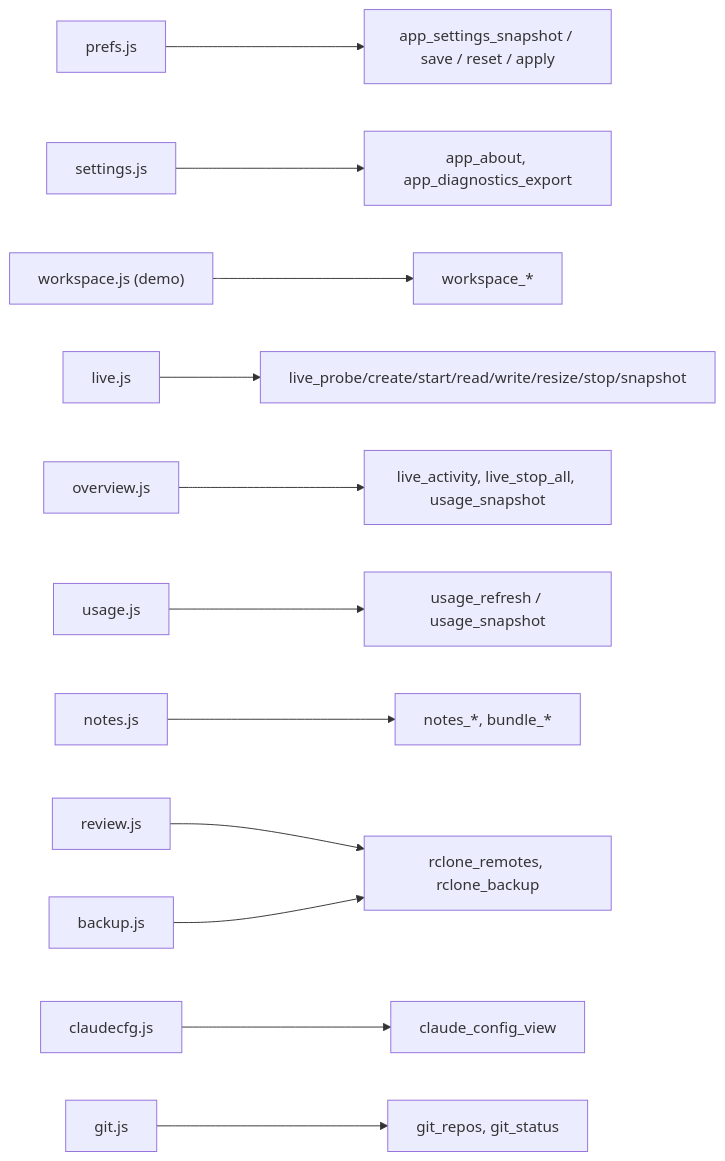
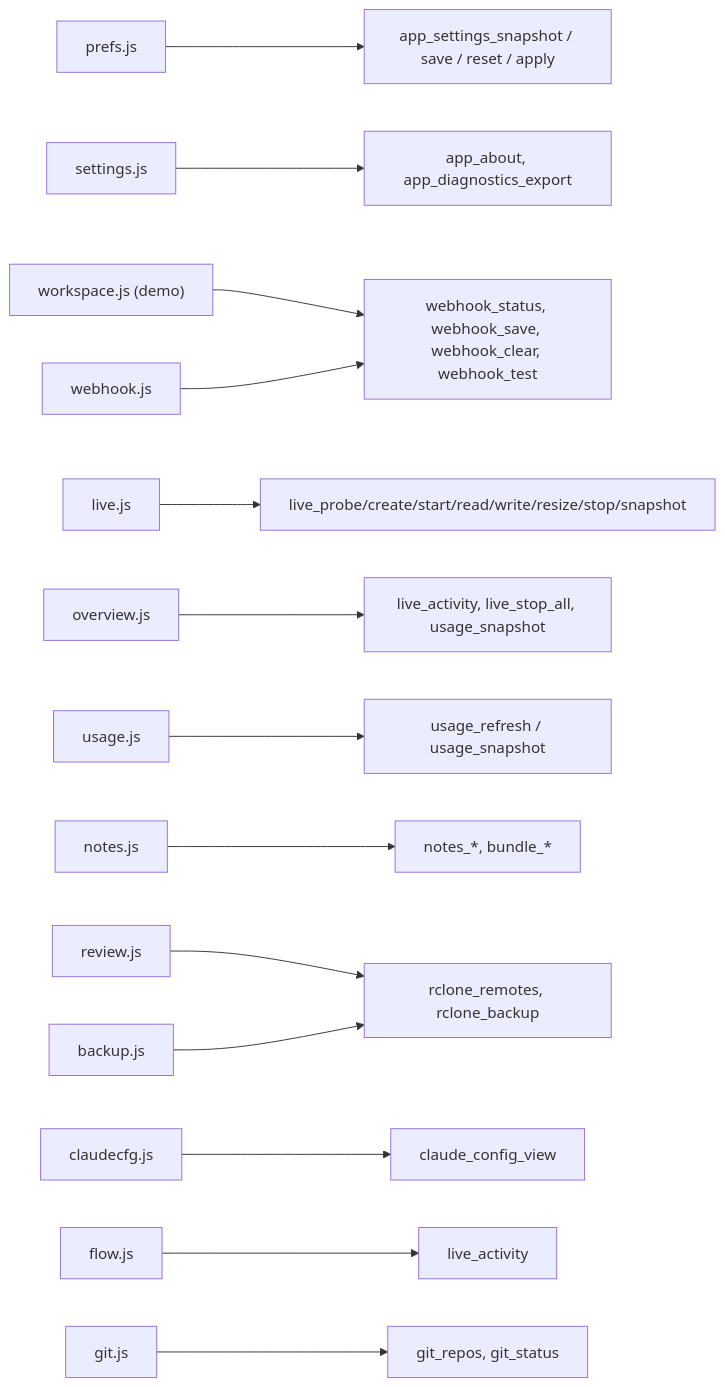
One commit to undecuple/agentVIEW changed the diagram in docs/code-map/COMMANDS.md. Above: the diagram before and after it, drawn with Mermaid. The commit also changed other lines of this file and 35 other files, not shown here.

Commit message:
Several webhook destinations with events, Flow view, refreshed screenshots, Sessions colour and spacing fixes

````diff
--- a/docs/code-map/COMMANDS.md
+++ b/docs/code-map/COMMANDS.md
@@ -78,14 +79,16 @@
 ```mermaid
 flowchart LR
   prefs["prefs.js"] --> S1["app_settings_snapshot / save / reset / apply"]
   settings["settings.js"] --> S2["app_about, app_diagnostics_export"]
   workspacejs["workspace.js (demo)"] --> W["workspace_*"]
   live["live.js"] --> L["live_probe/create/start/read/write/resize/stop/snapshot"]
   overview["overview.js"] --> O["live_activity, live_stop_all, usage_snapshot"]
   usage["usage.js"] --> U["usage_refresh / usage_snapshot"]
   notes["notes.js"] --> N["notes_*, bundle_*"]
   review["review.js"] --> R["review_*"]
   cc["claudecfg.js"] --> C["claude_config_view"]
+  fl["flow.js"] --> A2["live_activity"]
+  wh["webhook.js"] --> W["webhook_status, webhook_save, webhook_clear, webhook_test"]
   bk["backup.js"] --> R["rclone_remotes, rclone_backup"]
   gt["git.js"] --> G["git_repos, git_status"]
 ```
````
